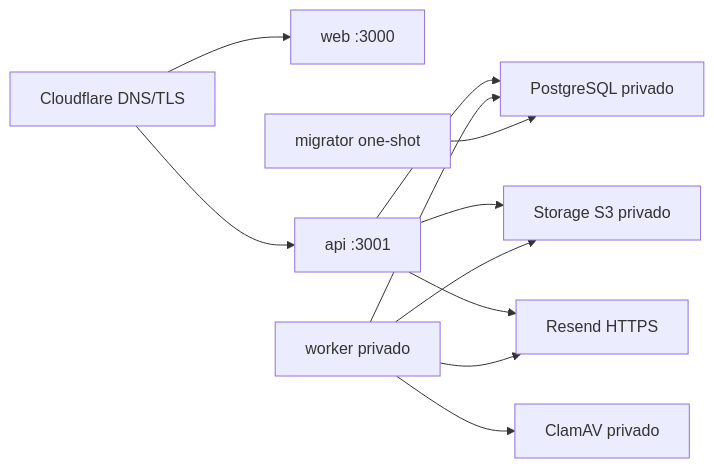
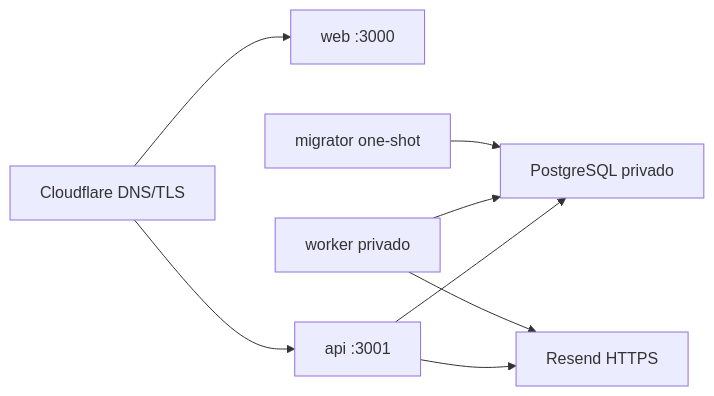
One commit to Sherydans12/Admision-Edupay changed the diagram in docs/g5/26-g5-coolify-preproduction-runbook.md. Above: the diagram before and after it, drawn with Mermaid. The commit also changed other lines of this file and 15 other files, not shown here.

````diff
--- a/docs/g5/26-g5-coolify-preproduction-runbook.md
+++ b/docs/g5/26-g5-coolify-preproduction-runbook.md
@@ -20,13 +20,10 @@
 ```mermaid
 flowchart LR
     EDGE["Cloudflare DNS/TLS"] --> WEB["web :3000"]
     EDGE --> API["api :3001"]
     API --> DB["PostgreSQL privado"]
     WORKER["worker privado"] --> DB
-    API --> S3["Storage S3 privado"]
-    WORKER --> S3
-    WORKER --> AV["ClamAV privado"]
     API --> MAIL["Resend HTTPS"]
     WORKER --> MAIL
     MIG["migrator one-shot"] --> DB
 ```
````
